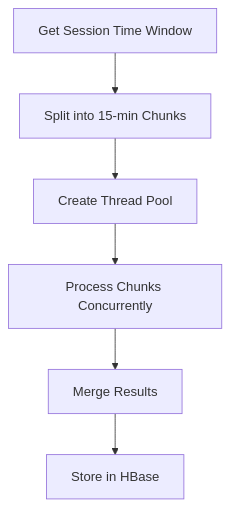
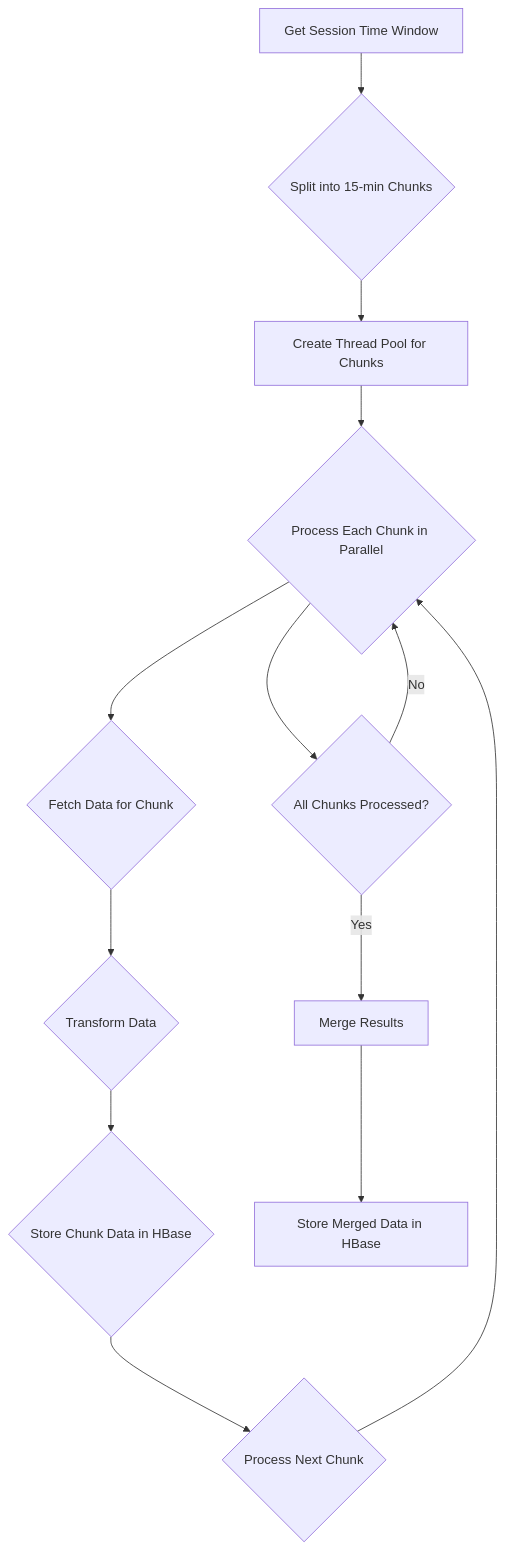
The third of 3 diagrams in docs/openF1_data_population.md (matwi5/ece-bigdata-2024-fall-gr02-Mathis-Clement), drawn with Mermaid before and after one commit. The commit also changed other lines of this file and 10 other files, not shown here.

````diff
--- a/docs/openF1_data_population.md
+++ b/docs/openF1_data_population.md
@@ -205,8 +350,15 @@
-   ```mermaid
-   graph TD
-       A[Get Session Time Window] --> B[Split into 15-min Chunks]
-       B --> C[Create Thread Pool]
-       C --> D[Process Chunks Concurrently]
-       D --> E[Merge Results]
-       E --> F[Store in HBase]
-   ```
+```mermaid
+graph TD
+    A[Get Session Time Window] --> B{Split into 15-min Chunks}
+    B --> C[Create Thread Pool for Chunks]
+    C --> D{Process Each Chunk in Parallel}
+    D --> E{Fetch Data for Chunk}
+    E --> F{Transform Data}
+    F --> G{Store Chunk Data in HBase}
+    G --> H{Process Next Chunk}
+    H --> D
+    D --> I{All Chunks Processed?}
+    I -- Yes --> J[Merge Results]
+    I -- No --> D
+    J --> K[Store Merged Data in HBase]
+```
````
